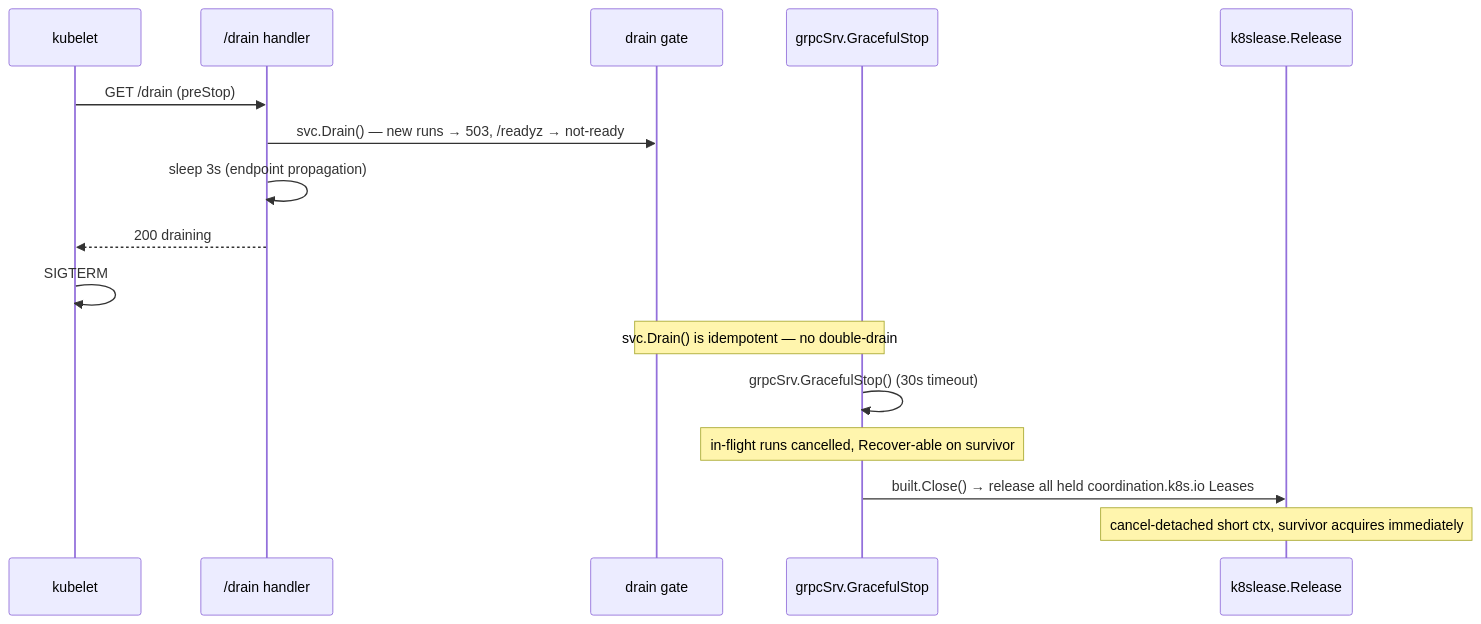
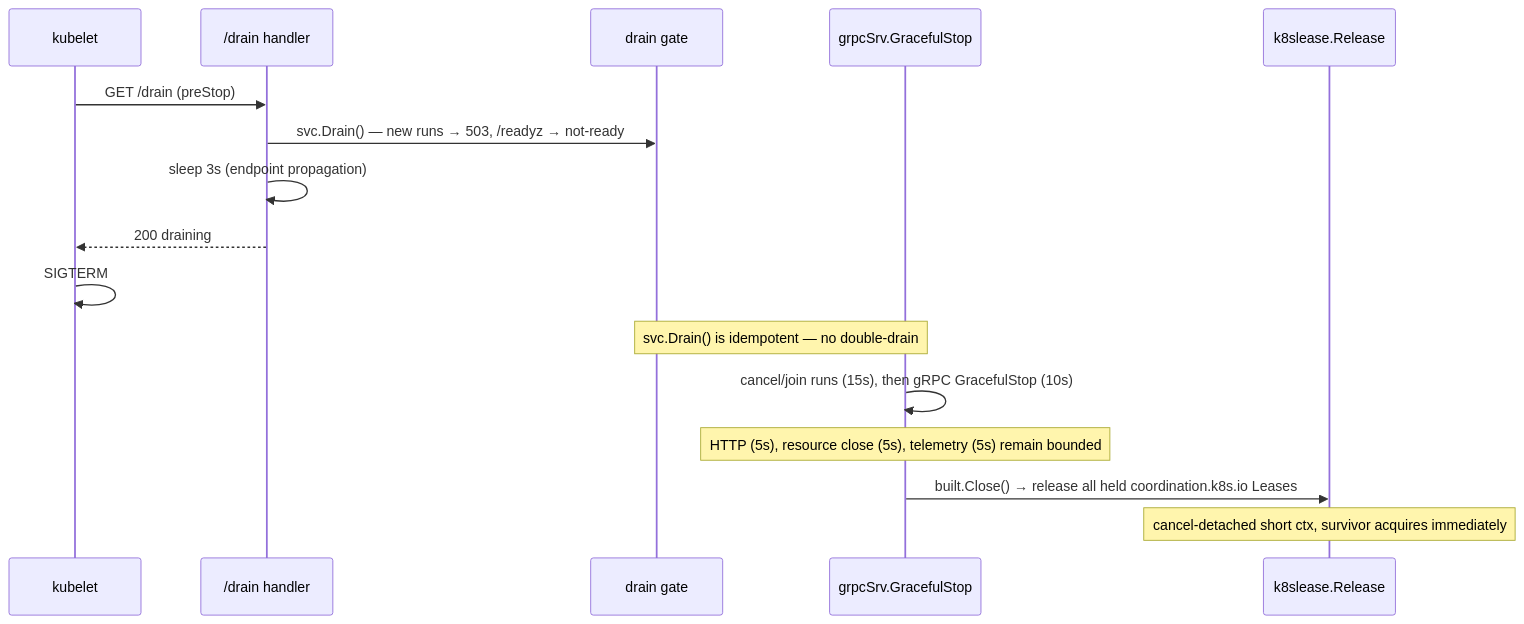
The second of 2 diagrams in user-docs/building/deployment/mecak8s.md (Sanskarzz/mecatl), drawn with Mermaid before and after one commit. The commit also changed other lines of this file and 116 other files, not shown here.

````diff
--- a/user-docs/building/deployment/mecak8s.md
+++ b/user-docs/building/deployment/mecak8s.md
@@ -661,19 +705,19 @@
 ```mermaid
 sequenceDiagram
   participant K as kubelet
   participant D as /drain handler
   participant G as drain gate
   participant GS as grpcSrv.GracefulStop
   participant L as k8slease.Release
 
   K->>D: GET /drain (preStop)
   D->>G: svc.Drain() — new runs → 503, /readyz → not-ready
   D->>D: sleep 3s (endpoint propagation)
   D-->>K: 200 draining
   K->>K: SIGTERM
   Note over G,GS: svc.Drain() is idempotent — no double-drain
-  GS->>GS: grpcSrv.GracefulStop() (30s timeout)
-  note over GS: in-flight runs cancelled, Recover-able on survivor
+  GS->>GS: cancel/join runs (15s), then gRPC GracefulStop (10s)
+  note over GS: HTTP (5s), resource close (5s), telemetry (5s) remain bounded
   GS->>L: built.Close() → release all held coordination.k8s.io Leases
   note over L: cancel-detached short ctx, survivor acquires immediately
 ```
````
